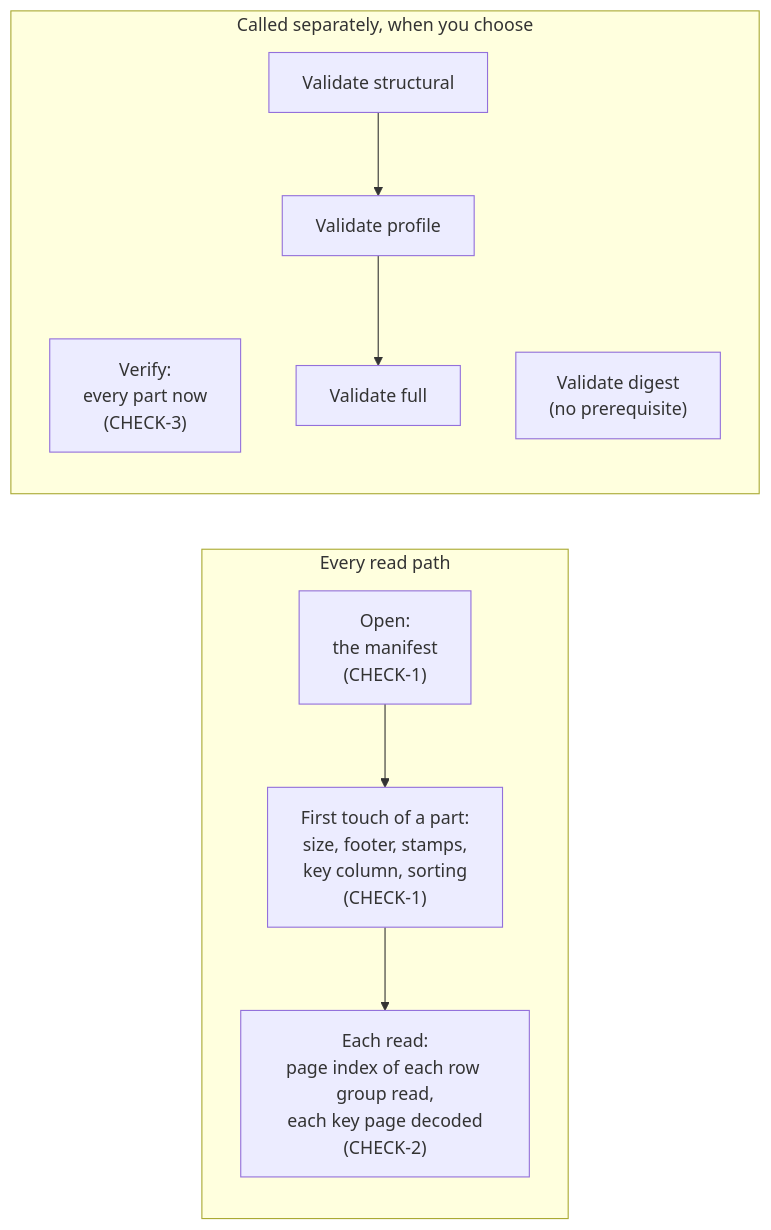
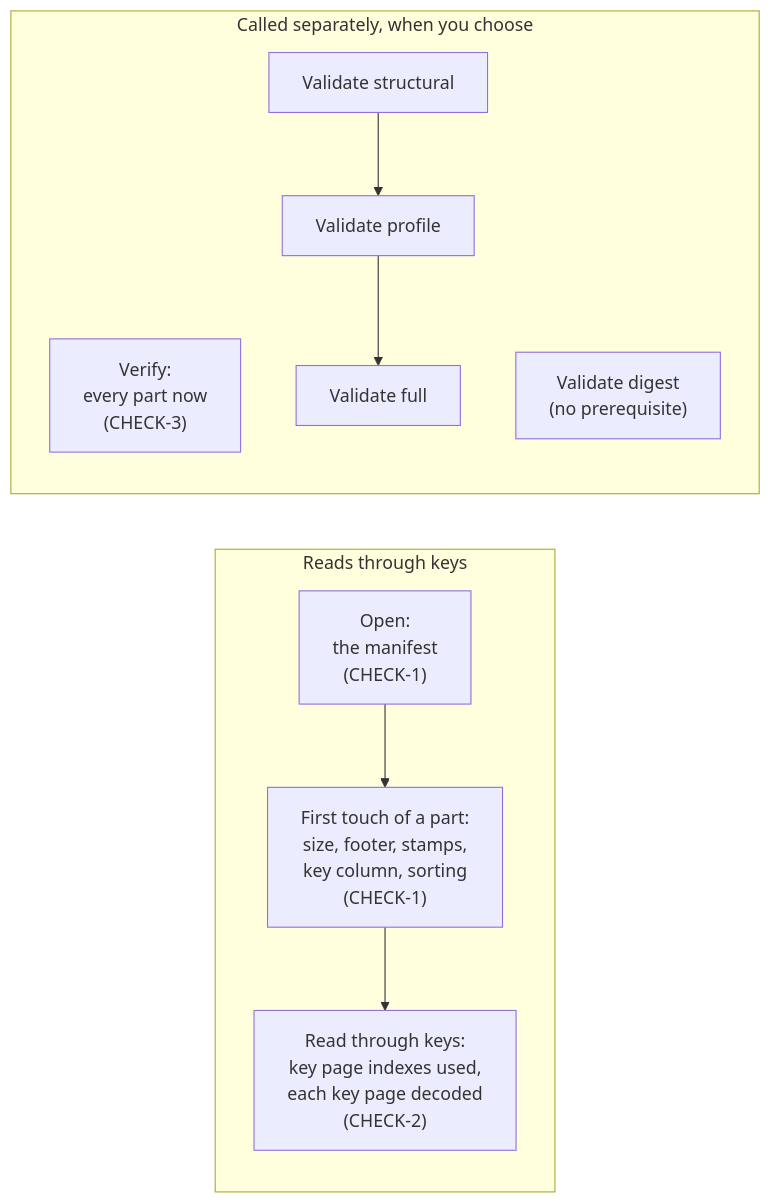
The fourth of 4 diagrams in docs/concepts.md (varveio/seekparquet), drawn with Mermaid before and after one commit. The commit also changed other lines of this file and 20 other files, not shown here.

````diff
--- a/docs/concepts.md
+++ b/docs/concepts.md
@@ -218,12 +262,12 @@
 ```mermaid
 flowchart LR
-    subgraph lifecycle ["Every read path"]
+    subgraph lifecycle ["Reads through keys"]
         O["Open:<br/>the manifest<br/>(CHECK-1)"] --> T["First touch of a part:<br/>size, footer, stamps,<br/>key column, sorting<br/>(CHECK-1)"]
-        T --> R["Each read:<br/>page index of each row group read,<br/>each key page decoded<br/>(CHECK-2)"]
+        T --> R["Read through keys:<br/>key page indexes used,<br/>each key page decoded<br/>(CHECK-2)"]
     end
     subgraph optional ["Called separately, when you choose"]
         V["Verify:<br/>every part now<br/>(CHECK-3)"]
         S["Validate structural"] --> P["Validate profile"] --> F["Validate full"]
         D["Validate digest<br/>(no prerequisite)"]
     end
 ```
````
